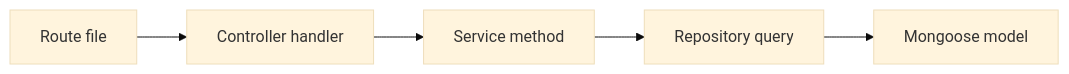
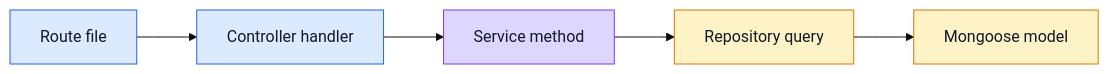
The second of 2 diagrams in docs/theory/layers.md (Guebbit/boilerplate-node-backend), drawn with Mermaid (base theme) before and after one commit. The commit also changed other lines of this file and 16 other files, not shown here.

````diff
--- a/docs/theory/layers.md
+++ b/docs/theory/layers.md
@@ -32,7 +40,15 @@
 ```mermaid
+%%{init: {'flowchart': {'nodeSpacing': 50, 'rankSpacing': 60}}}%%
 flowchart LR
     Route[Route file] --> Controller[Controller handler]
     Controller --> Service[Service method]
     Service --> Repository[Repository query]
     Repository --> Model[Mongoose model]
+
+    classDef entry fill:#dbeafe,stroke:#2563eb,color:#111827;
+    classDef core fill:#ddd6fe,stroke:#7c3aed,color:#111827;
+    classDef data fill:#fef3c7,stroke:#d97706,color:#111827;
+    class Route,Controller entry;
+    class Service core;
+    class Repository,Model data;
 ```
````
